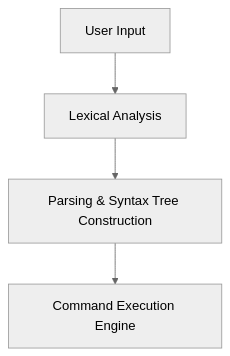
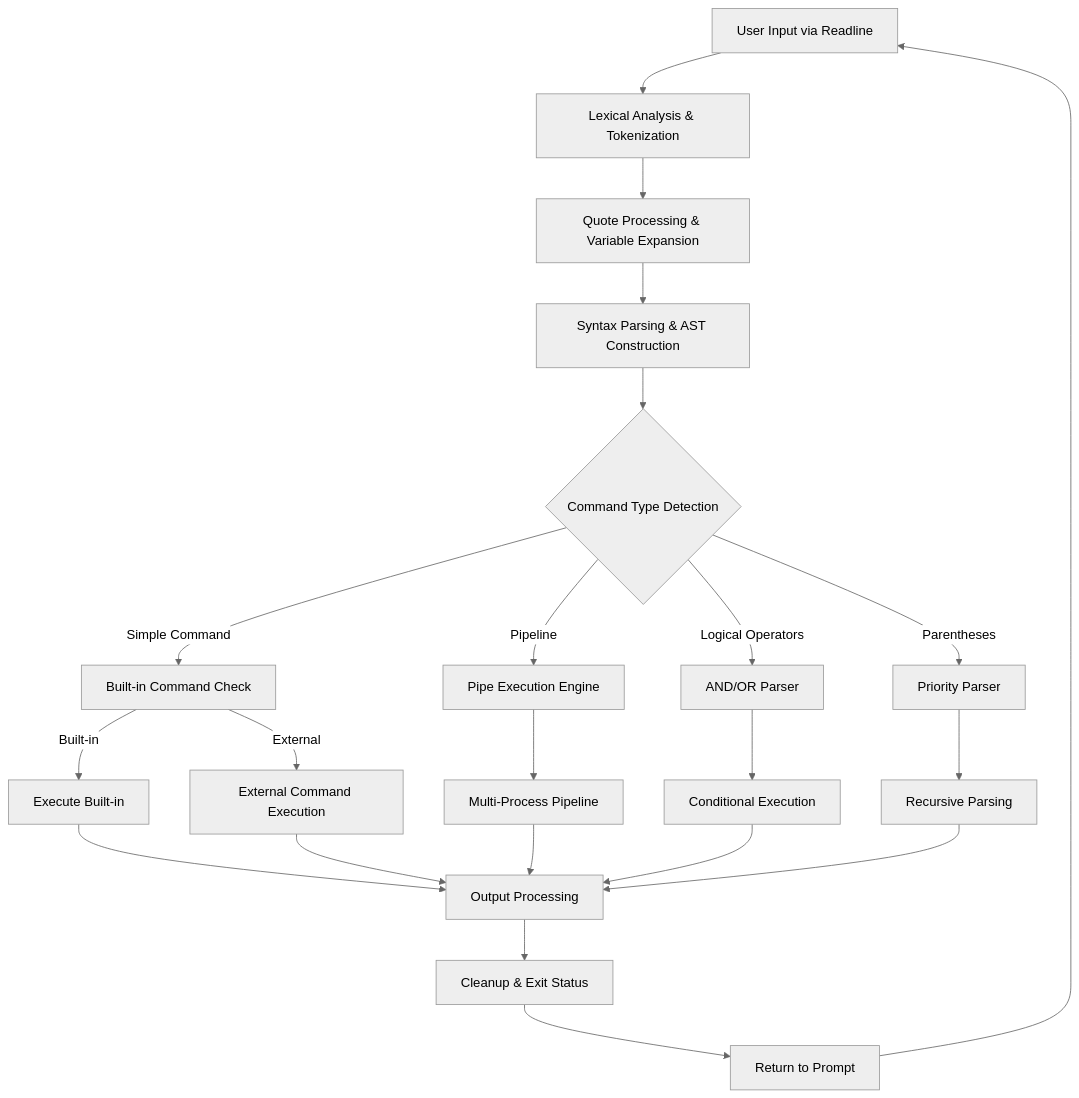
One commit to gm-infinite/MiniShell changed the diagram in README.md. Above: the diagram before and after it, drawn with Mermaid (neutral theme). The commit also changed other lines of this file and 46 other files, not shown here.

````diff
--- a/README.md
+++ b/README.md
@@ -38,11 +53,29 @@
 ```mermaid
 flowchart TD
-    A[User Input]
-    B[Lexical Analysis]
-    C[Parsing & Syntax Tree Construction]
-    D[Command Execution Engine]
+    A[User Input via Readline] --> B[Lexical Analysis & Tokenization]
+    B --> C[Quote Processing & Variable Expansion]
+    C --> D[Syntax Parsing & AST Construction]
+    D --> E{Command Type Detection}
     
-    A --> B
-    B --> C
-    C --> D
+    E -->|Simple Command| F[Built-in Command Check]
+    E -->|Pipeline| G[Pipe Execution Engine]
+    E -->|Logical Operators| H[AND/OR Parser]
+    E -->|Parentheses| I[Priority Parser]
+    
+    F -->|Built-in| J[Execute Built-in]
+    F -->|External| K[External Command Execution]
+    
+    G --> L[Multi-Process Pipeline]
+    H --> M[Conditional Execution]
+    I --> N[Recursive Parsing]
+    
+    J --> O[Output Processing]
+    K --> O
+    L --> O
+    M --> O
+    N --> O
+    
+    O --> P[Cleanup & Exit Status]
+    P --> Q[Return to Prompt]
+    Q --> A
 ```
````
